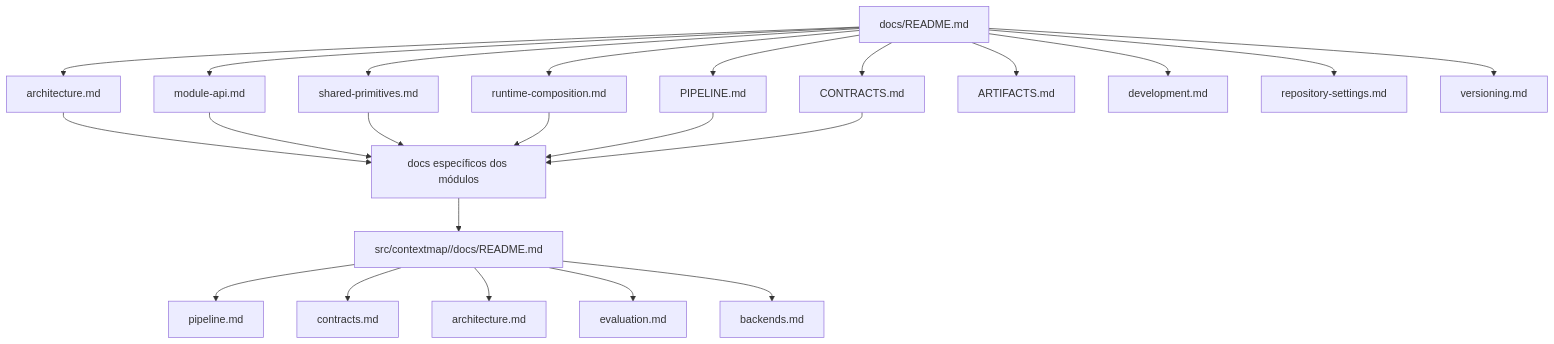
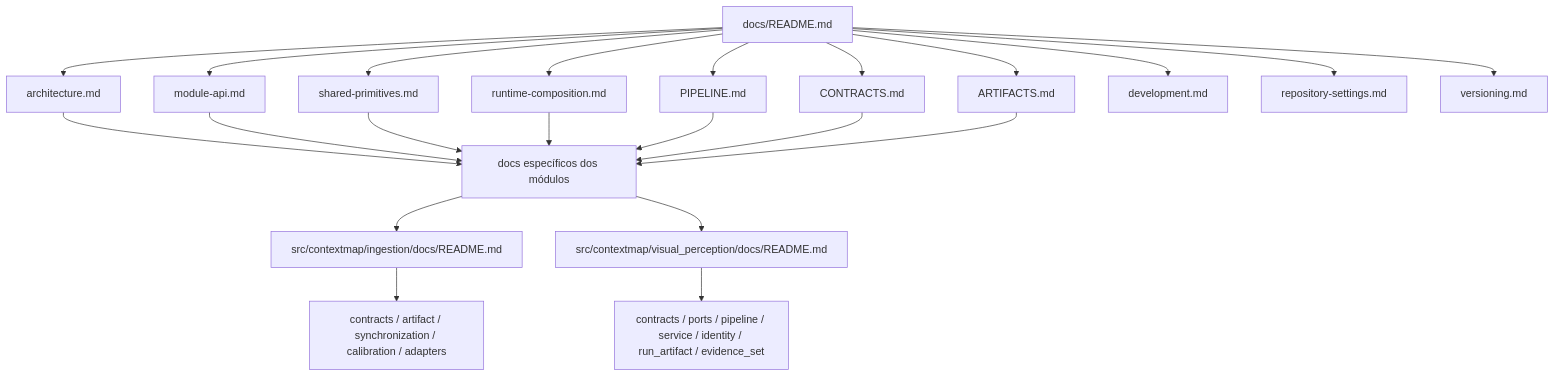
Before and after one commit to Alexandre-Tortoza/contextmap2: the third of 3 diagrams in docs/README.md, drawn with Mermaid. The commit also changed other lines of this file, not shown here.

````diff
--- a/docs/README.md
+++ b/docs/README.md
@@ -48,29 +65,28 @@
 ```mermaid
 flowchart TD
     R[docs/README.md]
 
     R --> P[PIPELINE.md]
     R --> A[architecture.md]
     R --> API[module-api.md]
     R --> SH[shared-primitives.md]
     R --> RC[runtime-composition.md]
     R --> C[CONTRACTS.md]
     R --> AR[ARTIFACTS.md]
     R --> D[development.md]
     R --> RS[repository-settings.md]
     R --> V[versioning.md]
 
     A --> M[docs específicos dos módulos]
     API --> M
     SH --> M
     RC --> M
     P --> M
     C --> M
+    AR --> M
 
-    M --> MR[src/contextmap/<module>/docs/README.md]
-    MR --> MP[pipeline.md]
-    MR --> MC[contracts.md]
-    MR --> MA[architecture.md]
-    MR --> ME[evaluation.md]
-    MR --> MB[backends.md]
+    M --> ING[src/contextmap/ingestion/docs/README.md]
+    M --> VP[src/contextmap/visual_perception/docs/README.md]
+    ING --> ID[contracts / artifact / synchronization / calibration / adapters]
+    VP --> VD[contracts / ports / pipeline / service / identity / run_artifact / evidence_set]
 ```
````
